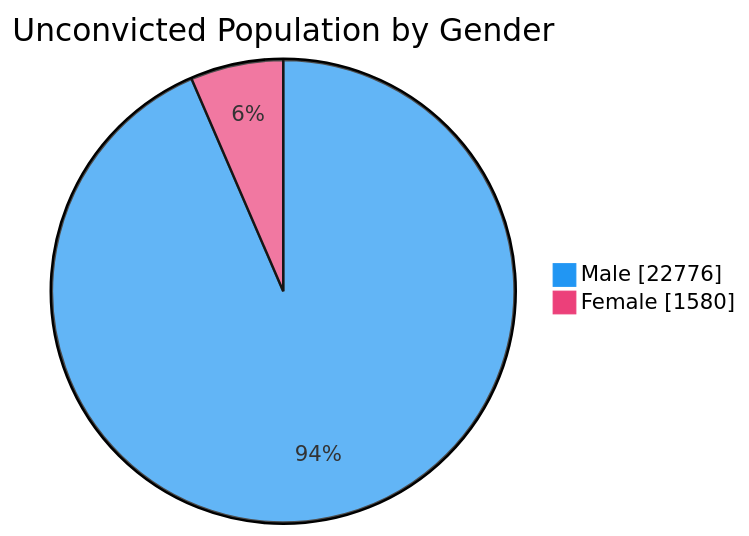
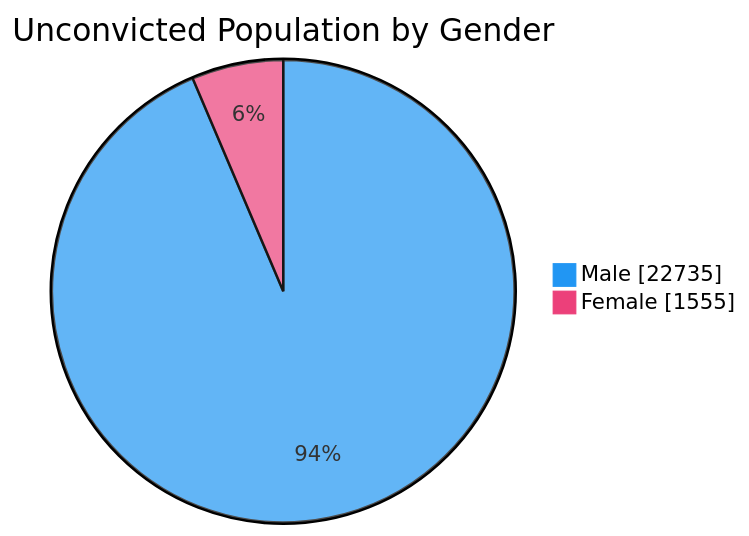
Before and after one commit to nuuuwan/lk_prisons: the fourth of 7 diagrams in README.md, drawn with Mermaid. The commit also changed other lines of this file and 1 other file, not shown here.

````diff
--- a/README.md
+++ b/README.md
@@ -76,6 +76,6 @@
 ```mermaid
 %%{init: {'themeVariables': {'pie1': '#2196F3', 'pie2': '#EC407A'}}}%%
 pie showData title Unconvicted Population by Gender
-    "Male" : 22776
-    "Female" : 1580
+    "Male" : 22735
+    "Female" : 1555
 ```
````
